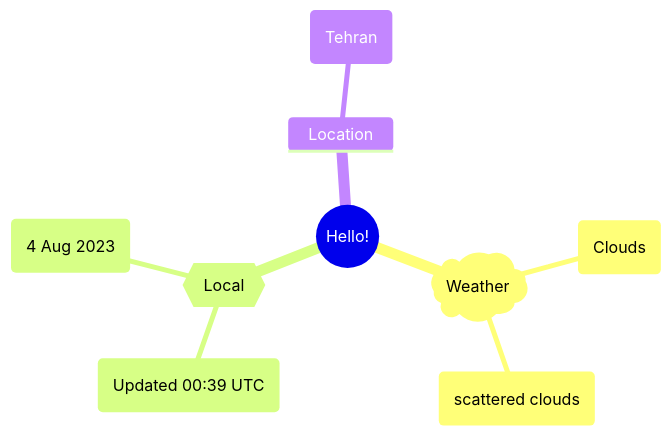
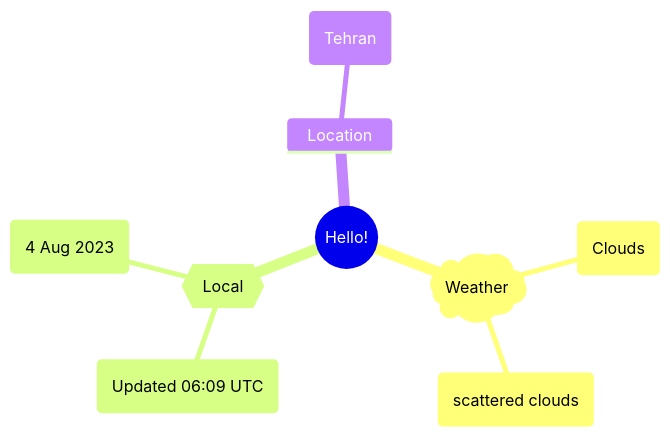
The first of 2 diagrams in README.md (Xosrov/Xosrov), drawn with Mermaid before and after one commit.

Commit message:
[bot] updated images

````diff
--- a/README.md
+++ b/README.md
@@ -3,12 +3,12 @@
 ```mermaid
 mindmap
   root((Hello!))
     )Weather(
         (Clouds)
         (scattered clouds)
     {{Local}}
-        (Updated 00:39 UTC)
+        (Updated 06:09 UTC)
         (4 Aug 2023)
     Location
         (Tehran)
 ```
````
